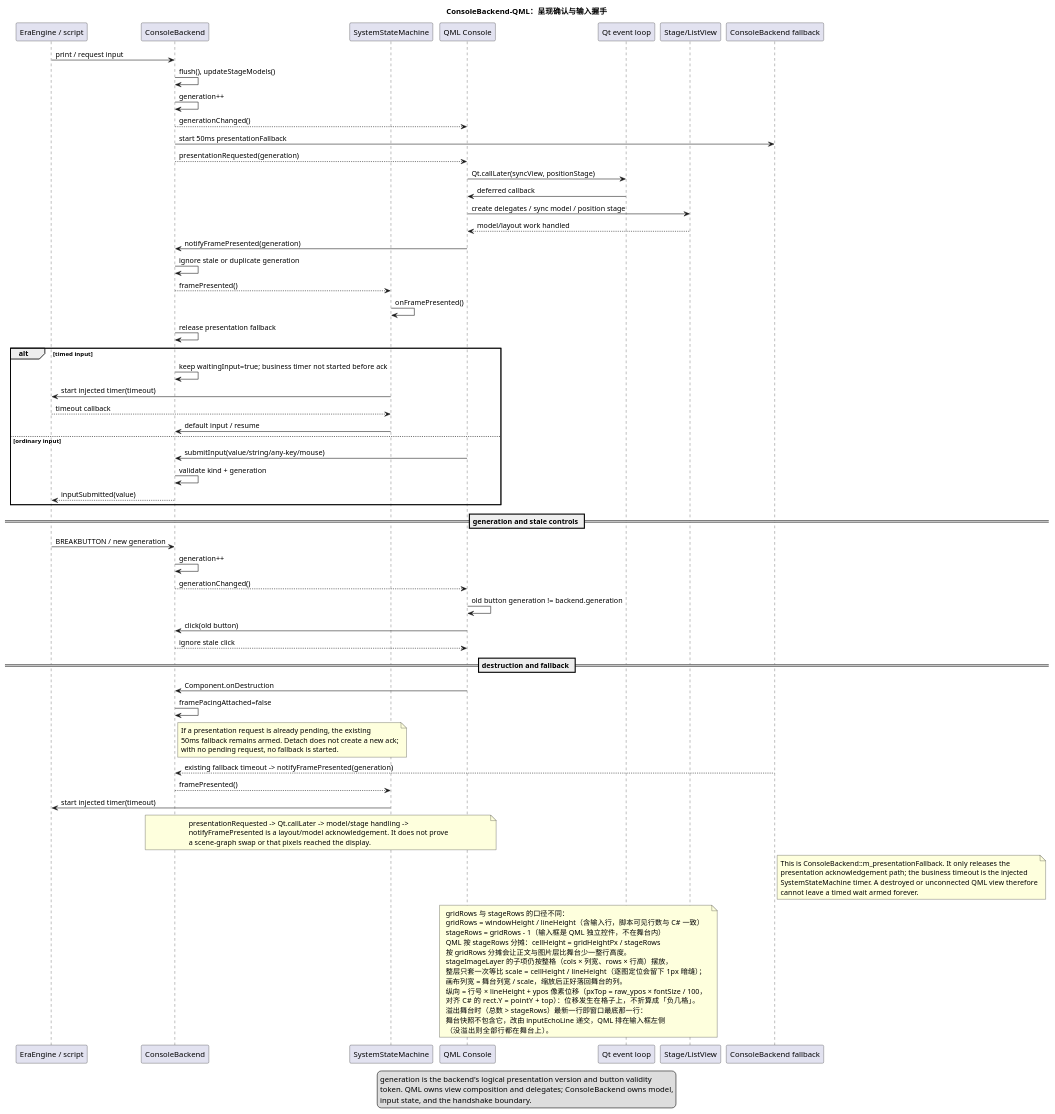
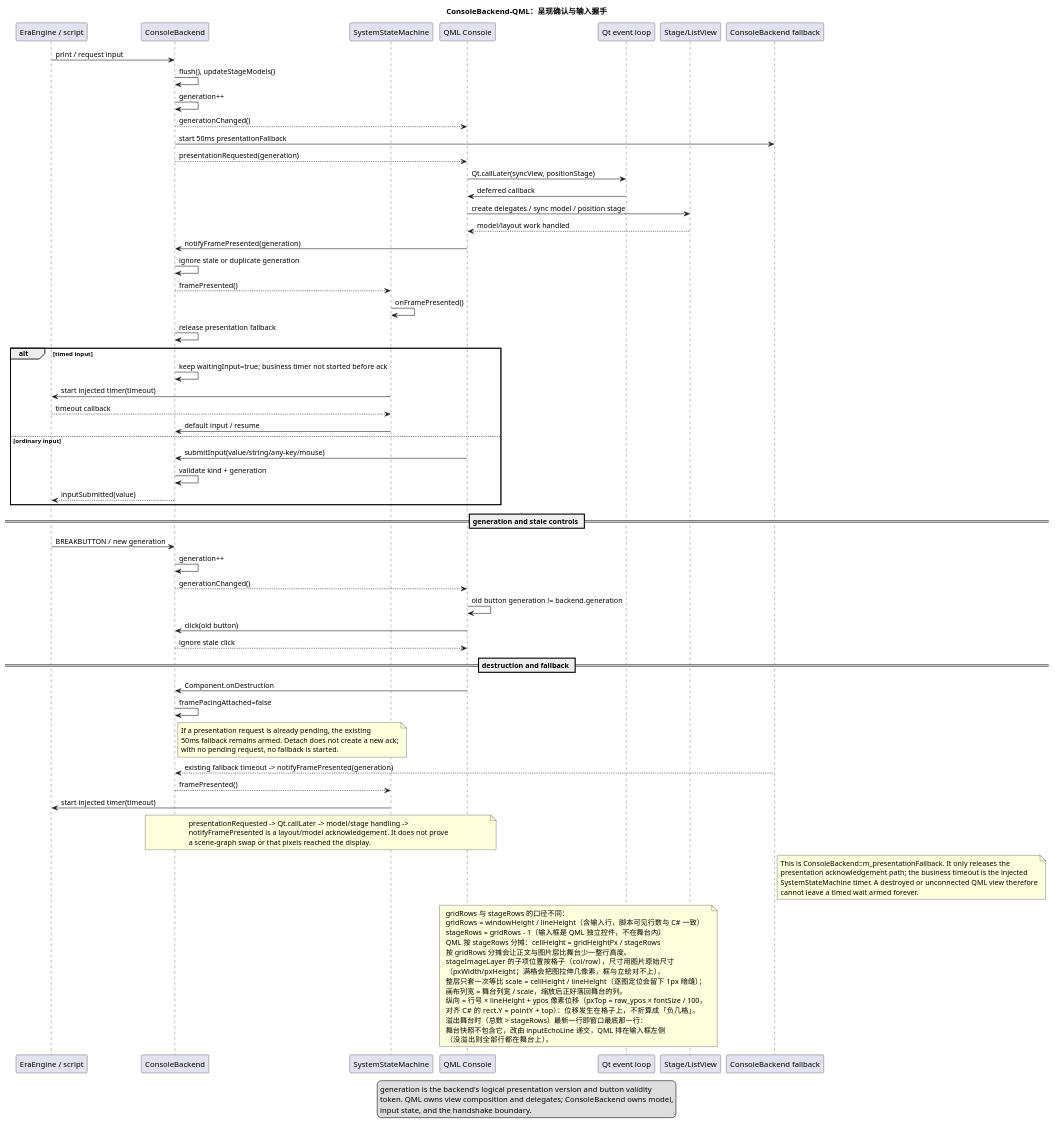
One commit to yigekuyou/qt-eraemu changed the diagram in docs/uml/15-console-qml-handshake.puml. Above: the diagram before and after it, drawn with PlantUML. The commit also changed 7 other files, not shown here.

```diff
--- a/docs/uml/15-console-qml-handshake.puml
+++ b/docs/uml/15-console-qml-handshake.puml
@@ -1,98 +1,99 @@
 @startuml 15-console-qml-handshake
 !pragma layout smetana
 ' ConsoleBackend 与 QML 的 presentation/input 握手。
 ' 来源：GameView/console_backend.h/.cpp, qml/Console.qml, qml/ConsoleBlock.qml
 
 title ConsoleBackend-QML：呈现确认与输入握手
 
 participant "EraEngine / script" as E
 participant "ConsoleBackend" as B
 participant "SystemStateMachine" as S
 participant "QML Console" as C
 participant "Qt event loop" as Qt
 participant "Stage/ListView" as V
 participant "ConsoleBackend fallback" as F
 
 E -> B : print / request input
 B -> B : flush(), updateStageModels()
 B -> B : generation++
 B --> C : generationChanged()
 B -> F : start 50ms presentationFallback
 B --> C : presentationRequested(generation)
 C -> Qt : Qt.callLater(syncView, positionStage)
 Qt -> C : deferred callback
 C -> V : create delegates / sync model / position stage
 V --> C : model/layout work handled
 C -> B : notifyFramePresented(generation)
 B -> B : ignore stale or duplicate generation
 B --> S : framePresented()
 S -> S : onFramePresented()
 B -> B : release presentation fallback
 
 alt timed input
   B -> B : keep waitingInput=true; business timer not started before ack
   S -> E : start injected timer(timeout)
   E --> S : timeout callback
   S -> B : default input / resume
 else ordinary input
   C -> B : submitInput(value/string/any-key/mouse)
   B -> B : validate kind + generation
   B --> E : inputSubmitted(value)
 end
 
 == generation and stale controls ==
 E -> B : BREAKBUTTON / new generation
 B -> B : generation++
 B --> C : generationChanged()
 C -> C : old button generation != backend.generation
 C -> B : click(old button)
 B --> C : ignore stale click
 
 == destruction and fallback ==
 C -> B : Component.onDestruction
 B -> B : framePacingAttached=false
 note right of B
   If a presentation request is already pending, the existing
   50ms fallback remains armed. Detach does not create a new ack;
   with no pending request, no fallback is started.
 end note
 F --> B : existing fallback timeout -> notifyFramePresented(generation)
 B --> S : framePresented()
 S -> E : start injected timer(timeout)
 
 note over B,C
   presentationRequested -> Qt.callLater -> model/stage handling ->
   notifyFramePresented is a layout/model acknowledgement. It does not prove
   a scene-graph swap or that pixels reached the display.
 end note
 
 note right of F
   This is ConsoleBackend::m_presentationFallback. It only releases the
   presentation acknowledgement path; the business timeout is the injected
   SystemStateMachine timer. A destroyed or unconnected QML view therefore
   cannot leave a timed wait armed forever.
 end note
 
 
 note over C,V
   gridRows 与 stageRows 的口径不同：
   gridRows  = windowHeight / lineHeight（含输入行，脚本可见行数与 C# 一致）
   stageRows = gridRows - 1（输入框是 QML 独立控件，不在舞台内）
   QML 按 stageRows 分摊：cellHeight = gridHeightPx / stageRows
   按 gridRows 分摊会让正文与图片层比舞台少一整行高度。
-  stageImageLayer 的子项仍按整格（cols × 列宽、rows × 行高）摆放，
+  stageImageLayer 的子项位置按格子（col/row），尺寸用图片原始尺寸
+  （pxWidth/pxHeight；满格会把图拉伸几像素，框与立絵对不上），
   整层只套一次等比 scale = cellHeight / lineHeight（逐图定位会留下 1px 暗缝）；
   画布列宽 = 舞台列宽 / scale，缩放后正好落回舞台的列。
   纵向 = 行号 × lineHeight + ypos 像素位移（pxTop = raw_ypos × fontSize / 100，
   对齐 C# 的 rect.Y = pointY + top）：位移发生在格子上，不折算成「负几格」。
   溢出舞台时（总数 > stageRows）最新一行即窗口最底那一行：
   舞台快照不包含它，改由 inputEchoLine 递交，QML 排在输入框左侧
   （没溢出则全部行都在舞台上）。
 end note
 
 legend bottom
   generation is the backend's logical presentation version and button validity
   token. QML owns view composition and delegates; ConsoleBackend owns model,
   input state, and the handshake boundary.
 endlegend
 @enduml
```
